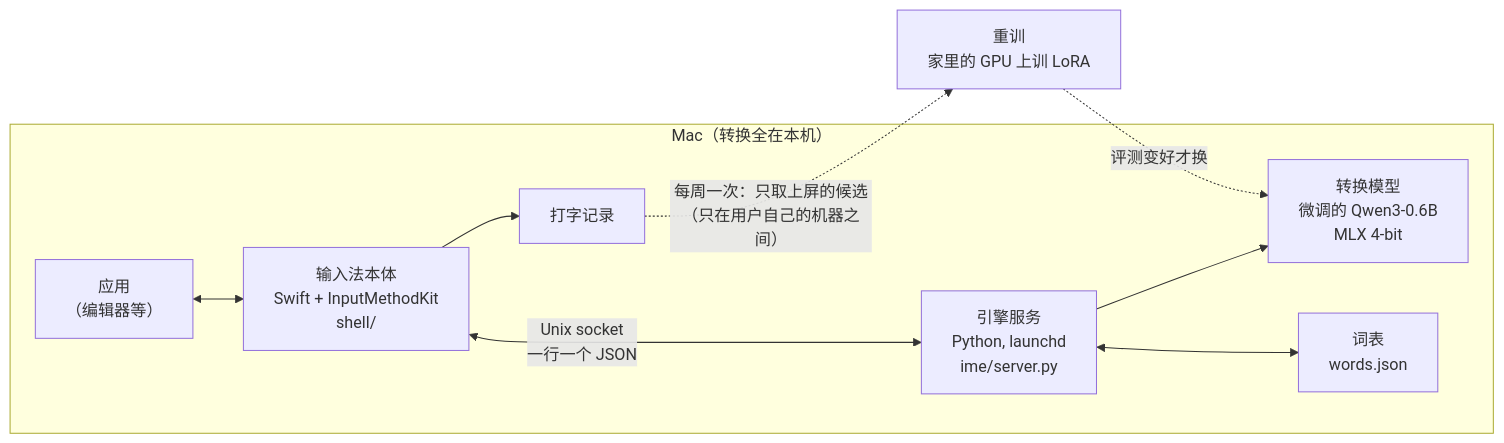
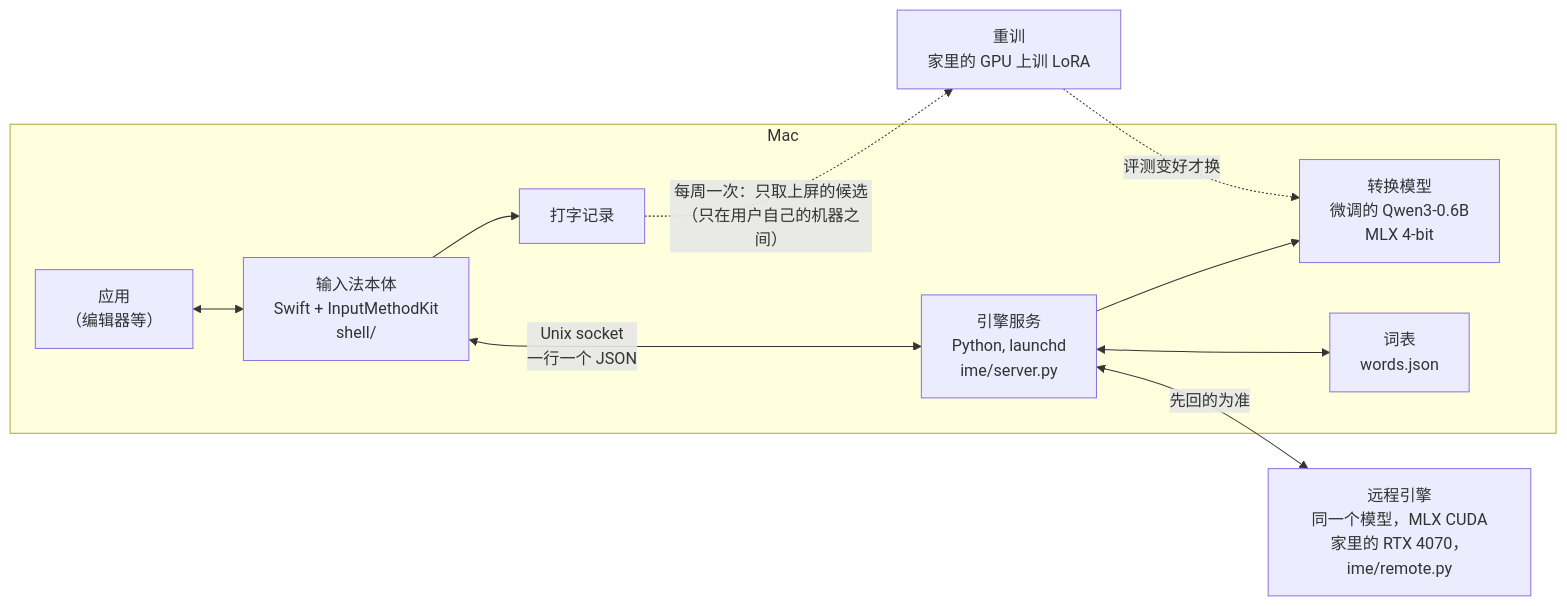
The diagram in README.zh.md (yizilian-iren/llm-ime), drawn with Mermaid before and after one commit. The commit also changed other lines of this file and 2 other files, not shown here.

First line of the commit message:
README: latency with the remote engine (29 / 38 / 47 ms), the remote in the architecture (7A.6, D-067)

````diff
--- a/README.zh.md
+++ b/README.zh.md
@@ -23,18 +23,19 @@
 ```mermaid
 flowchart LR
-  subgraph Mac["Mac（转换全在本机）"]
+  subgraph Mac["Mac"]
     App["应用<br/>（编辑器等）"]
     Shell["输入法本体<br/>Swift + InputMethodKit<br/>shell/"]
     Engine["引擎服务<br/>Python, launchd<br/>ime/server.py"]
     Model["转换模型<br/>微调的 Qwen3-0.6B<br/>MLX 4-bit"]
     Words["词表<br/>words.json"]
     Log["打字记录"]
     App <--> Shell
     Shell <-->|"Unix socket<br/>一行一个 JSON"| Engine
     Engine --> Model
     Engine <--> Words
     Shell --> Log
   end
+  Engine <-->|"先回的为准"| Remote["远程引擎<br/>同一个模型，MLX CUDA<br/>家里的 RTX 4070，ime/remote.py"]
   Log -.->|"每周一次：只取上屏的候选<br/>（只在用户自己的机器之间）"| Retrain["重训<br/>家里的 GPU 上训 LoRA"]
   Retrain -.->|"评测变好才换"| Model
 ```
````
